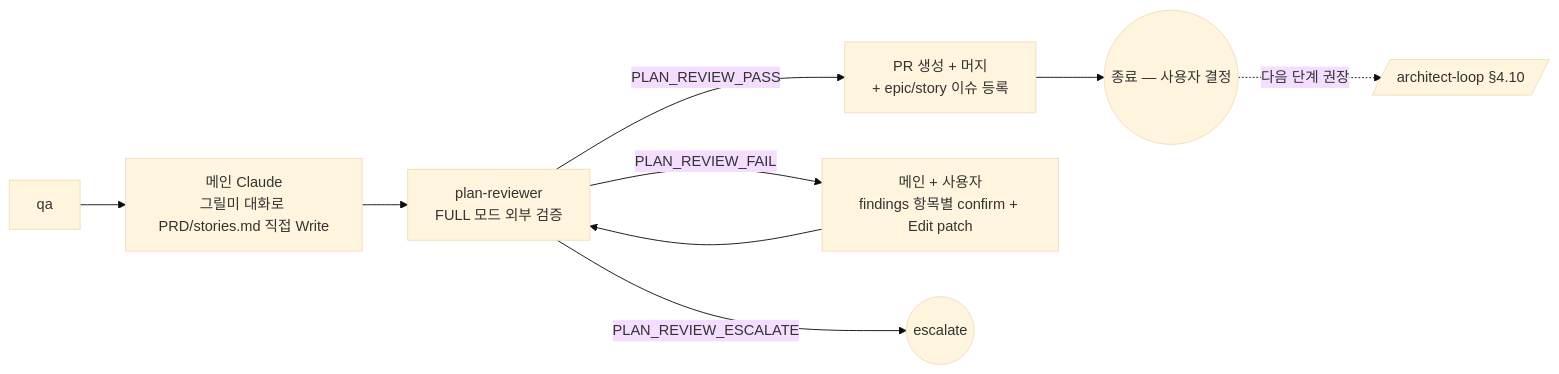
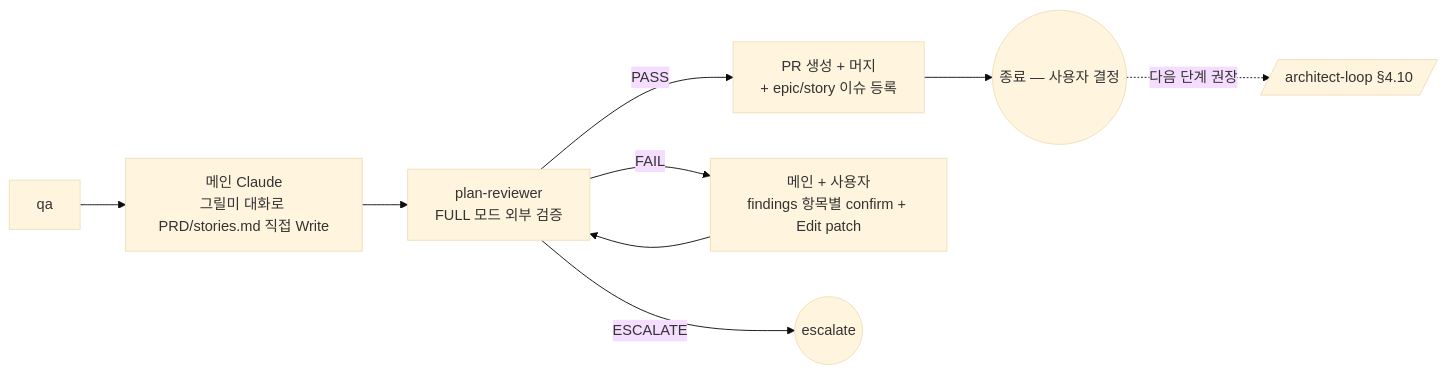
One commit to alruminum/dcNess changed the third of 8 diagrams in docs/plugin/orchestration.md. Above: the diagram before and after it, drawn with Mermaid (base theme). The commit also changed other lines of this file and 17 other files, not shown here.

First line of the commit message:
[docs] 8 agent 결론 enum PASS/FAIL/ESCALATE 통일 (PR B-3)

````diff
--- a/docs/plugin/orchestration.md
+++ b/docs/plugin/orchestration.md
@@ -126,11 +126,11 @@
 ```mermaid
 flowchart LR
     qa[qa] --> main[메인 Claude<br/>그릴미 대화로 PRD/stories.md 직접 Write]
     main --> pr[plan-reviewer<br/>FULL 모드 외부 검증]
-    pr -->|PLAN_REVIEW_PASS| commit[PR 생성 + 머지<br/>+ epic/story 이슈 등록]
-    pr -->|PLAN_REVIEW_FAIL| confirm[메인 + 사용자<br/>findings 항목별 confirm + Edit patch]
+    pr -->|PASS| commit[PR 생성 + 머지<br/>+ epic/story 이슈 등록]
+    pr -->|FAIL| confirm[메인 + 사용자<br/>findings 항목별 confirm + Edit patch]
     confirm --> pr
-    pr -->|PLAN_REVIEW_ESCALATE| esc((escalate))
+    pr -->|ESCALATE| esc((escalate))
     commit --> done((종료 — 사용자 결정))
     done -.->|다음 단계 권장| arch[/architect-loop §4.10/]
 ```
````
